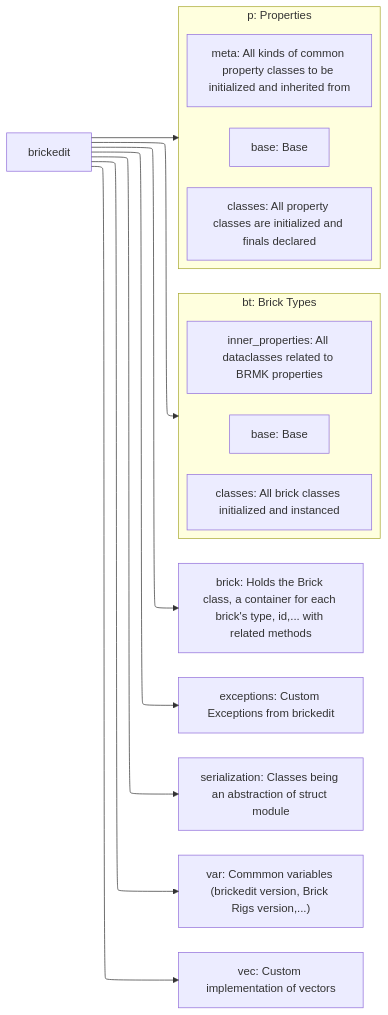
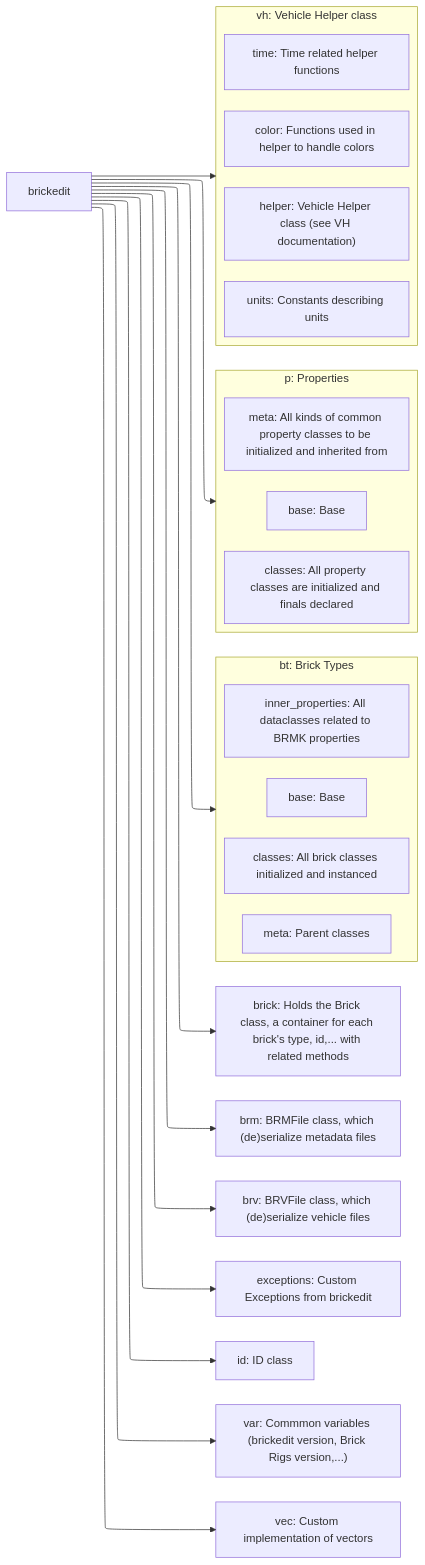
The diagram in doc/internal/structure.md (MrPerruche/BrickEdit), drawn with Mermaid before and after one commit. The commit also changed 9 other files, not shown here.

````diff
--- a/doc/internal/structure.md
+++ b/doc/internal/structure.md
@@ -10,32 +10,45 @@
 ```mermaid
 flowchart LR
 
     %%{init: {"flowchart": {"defaultRenderer": "elk"}}}%%
 
     %% Nodes
     SRC[brickedit]
     subgraph BT[bt: Brick Types]
         BT_B[base: Base]
         BT_C["classes: All brick classes initialized and instanced"]
         BT_I["inner_properties: All dataclasses related to BRMK properties"]
+        BT_M["meta: Parent classes"]
     end
     subgraph P[p: Properties]
         P_B[base: Base]
         P_C["classes: All property classes are initialized and finals declared"]
         P_M["meta: All kinds of common property classes to be initialized and inherited from"]
     end
+    subgraph VH["vh: Vehicle Helper class"]
+        VH_COL["color: Functions used in helper to handle colors"]
+        VH_H["helper: Vehicle Helper class (see VH documentation)"]
+        VH_T["time: Time related helper functions"]
+        VH_U["units: Constants describing units"]
+    end
     BRICK["brick: Holds the Brick class, a container for each brick's type, id,... with related methods"]
+    BRM["brm: BRMFile class, which (de)serialize metadata files"]
+    BRV["brv: BRVFile class, which (de)serialize vehicle files"]
     EXC["exceptions: Custom Exceptions from brickedit"]
-    SRZ["serialization: Classes being an abstraction of struct module"]
+    ID["id: ID class"]
     VAR["var: Commmon variables (brickedit version, Brick Rigs version,...)"]
     VEC["vec: Custom implementation of vectors"]
 
     %% LINKS
     SRC --> BT
     SRC --> P
+    SRC --> VH
+
     SRC --> BRICK
+    SRC --> BRM
+    SRC --> BRV
     SRC --> EXC
-    SRC --> SRZ
+    SRC --> ID
     SRC --> VAR
     SRC --> VEC
 ```
````
